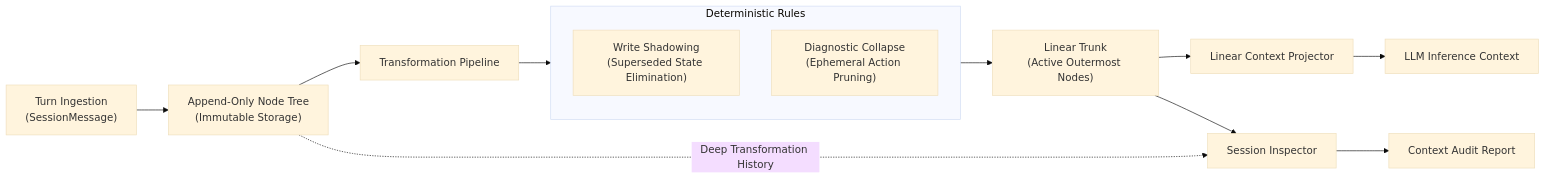
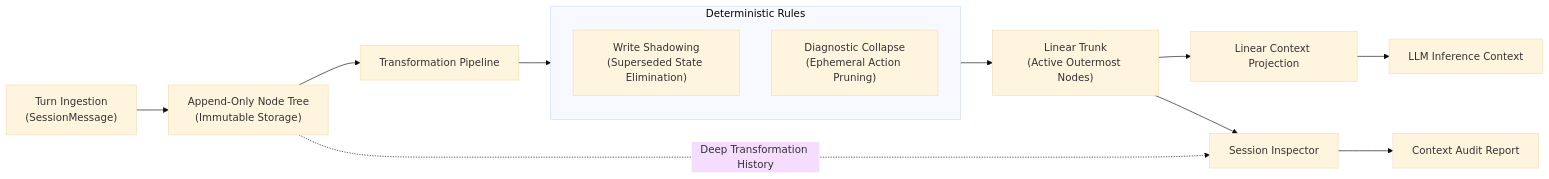
Before and after one commit to HuyNguyenAu/Wayfare: the diagram in ARCHITECTURE.md, drawn with Mermaid (base theme). The commit also changed other lines of this file and 16 other files, not shown here.

````diff
--- a/ARCHITECTURE.md
+++ b/ARCHITECTURE.md
@@ -123,22 +128,22 @@
 ```mermaid
 graph LR
     Input["Turn Ingestion<br/>(SessionMessage)"] --> Tree["Append-Only Node Tree<br/>(Immutable Storage)"]
     
     Tree --> Pipeline["Transformation Pipeline"]
     
     subgraph Rules ["Deterministic Rules"]
         direction TB
         WS["Write Shadowing<br/>(Superseded State Elimination)"]
         DC["Diagnostic Collapse<br/>(Ephemeral Action Pruning)"]
     end
     
     Pipeline --> Rules
     Rules --> Trunk["Linear Trunk<br/>(Active Outermost Nodes)"]
     
-    Trunk --> Projector["Linear Context Projector"]
+    Trunk --> Projector["Linear Context Projection"]
     Projector --> LLM["LLM Inference Context"]
     
     Trunk --> Inspector["Session Inspector"]
     Tree -.->|Deep Transformation History| Inspector
     Inspector --> Audit["Context Audit Report"]
 ```
````
